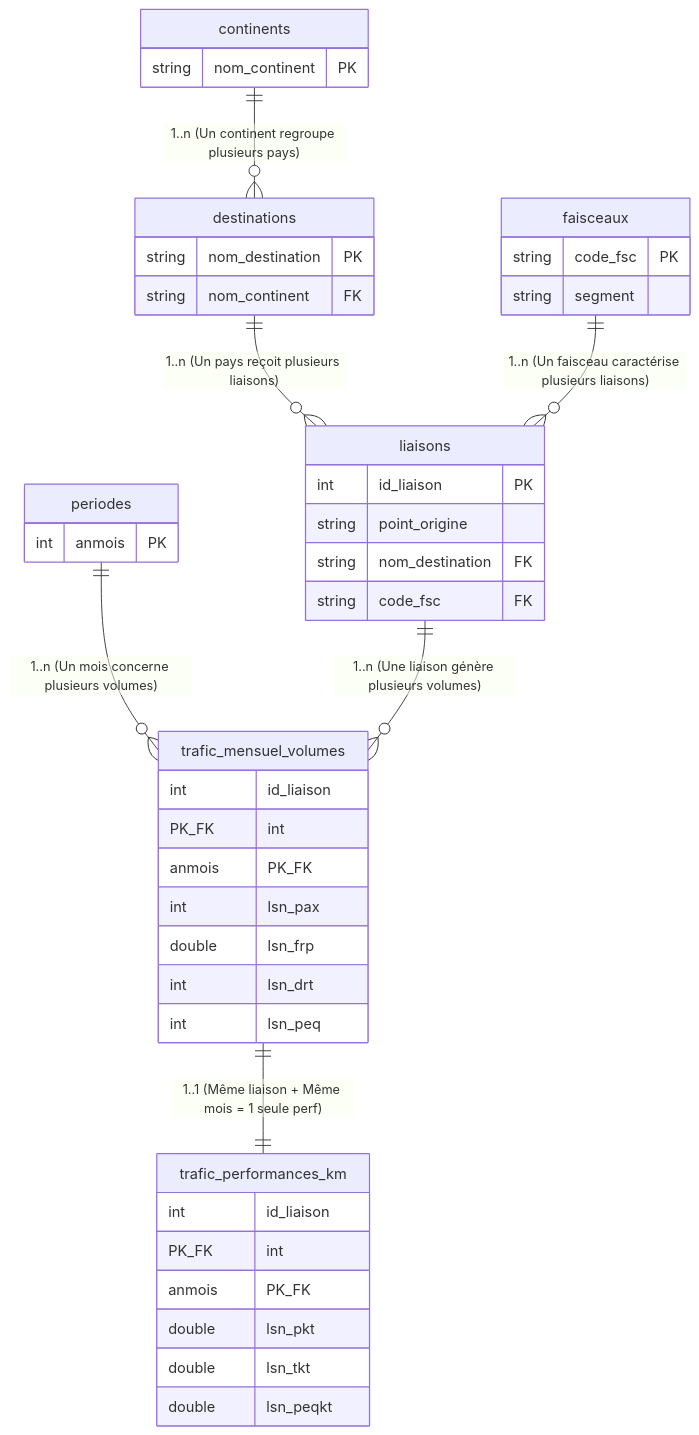
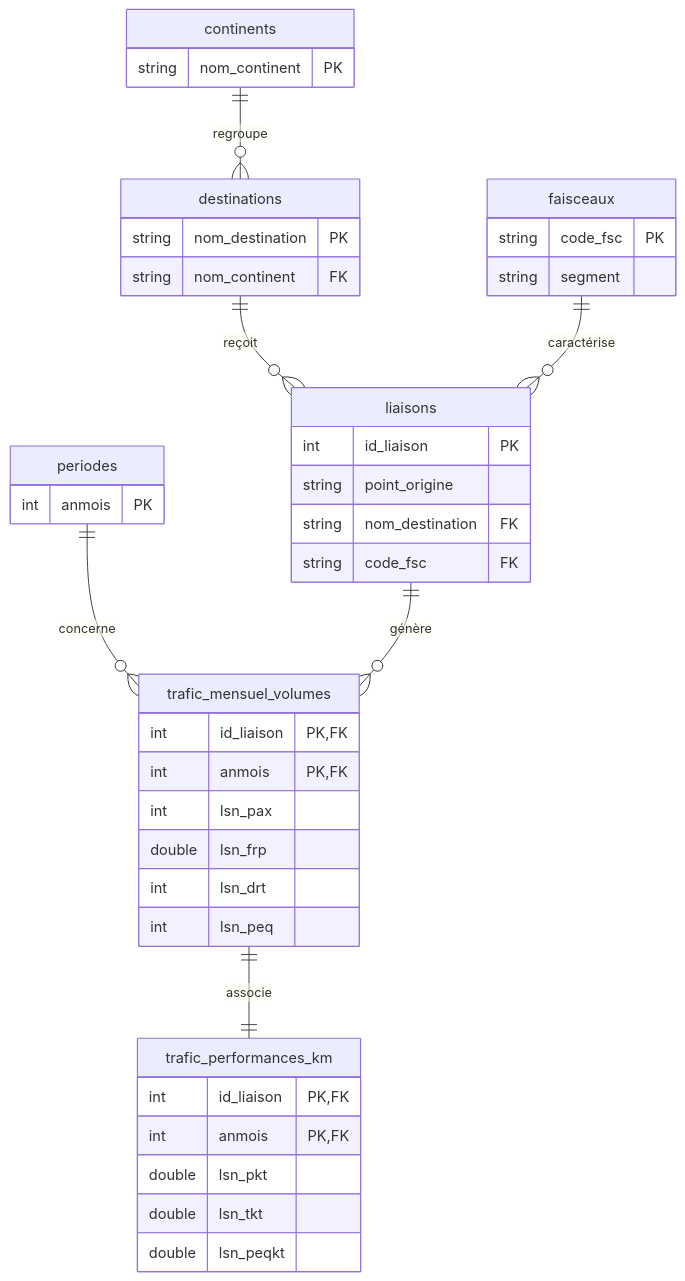
Before and after one commit to MohammedRabieSEBA/Projet_SAE: the diagram in README.md, drawn with Mermaid.

Commit message:
Update README with the diagram correction
Added

````diff
--- a/README.md
+++ b/README.md
@@ -17,50 +17,51 @@
 ```mermaid
 erDiagram
-    %% Relations 1..n
-    continents ||--o{ destinations : "1..n (Un continent regroupe plusieurs pays)"
-    destinations ||--o{ liaisons : "1..n (Un pays reçoit plusieurs liaisons)"
-    faisceaux ||--o{ liaisons : "1..n (Un faisceau caractérise plusieurs liaisons)"
+    %% Relations 1..N
+    continents ||--o{ destinations : "regroupe"
+    destinations ||--o{ liaisons : "reçoit"
+    faisceaux ||--o{ liaisons : "caractérise"
     
-    periodes ||--o{ trafic_mensuel_volumes : "1..n (Un mois concerne plusieurs volumes)"
-    liaisons ||--o{ trafic_mensuel_volumes : "1..n (Une liaison génère plusieurs volumes)"
+    periodes ||--o{ trafic_mensuel_volumes : "concerne"
+    liaisons ||--o{ trafic_mensuel_volumes : "génère"
 
     %% Relations 1..1
-    trafic_mensuel_volumes ||--|| trafic_performances_km : "1..1 (Même liaison + Même mois = 1 seule perf)"
+    trafic_mensuel_volumes ||--|| trafic_performances_km : "associe"
 
     continents {
         string nom_continent PK
     }
     destinations {
         string nom_destination PK
         string nom_continent FK
     }
     faisceaux {
         string code_fsc PK
         string segment
     }
     periodes {
         int anmois PK
     }
     liaisons {
         int id_liaison PK
         string point_origine
         string nom_destination FK
         string code_fsc FK
     }
     trafic_mensuel_volumes {
-        int id_liaison PK_FK
-        int anmois PK_FK
+        int id_liaison PK, FK
+        int anmois PK, FK
         int lsn_pax
         double lsn_frp
         int lsn_drt
         int lsn_peq
     }
     trafic_performances_km {
-        int id_liaison PK_FK
-        int anmois PK_FK
+        int id_liaison PK, FK
+        int anmois PK, FK
         double lsn_pkt
         double lsn_tkt
         double lsn_peqkt
     }
 
+
 ```
````
